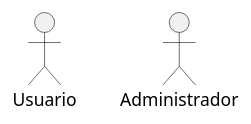
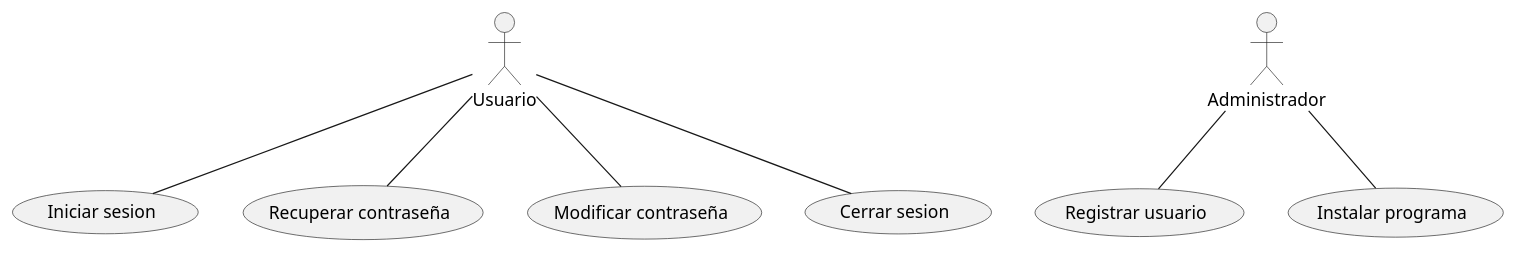
One commit to Ivandorum/C_D_UsosUML changed the diagram in Usuarios_Y_Admins.puml. Above: the diagram before and after it, drawn with PlantUML.

Commit message:
Creadas las acciones que pueden hacer las personas

```diff
--- a/Usuarios_Y_Admins.puml
+++ b/Usuarios_Y_Admins.puml
@@ -1,6 +1,13 @@
 @startuml
 
 :Usuario: as user
+user -- (Iniciar sesion)
+user -- (Recuperar contraseña)
+user -- (Modificar contraseña)
+user -- (Cerrar sesion)
+:Administrador: as admin
+admin -- (Registrar usuario)
+admin -- (Instalar programa)
 
-:Administrador:as admin
+
 @enduml
```
